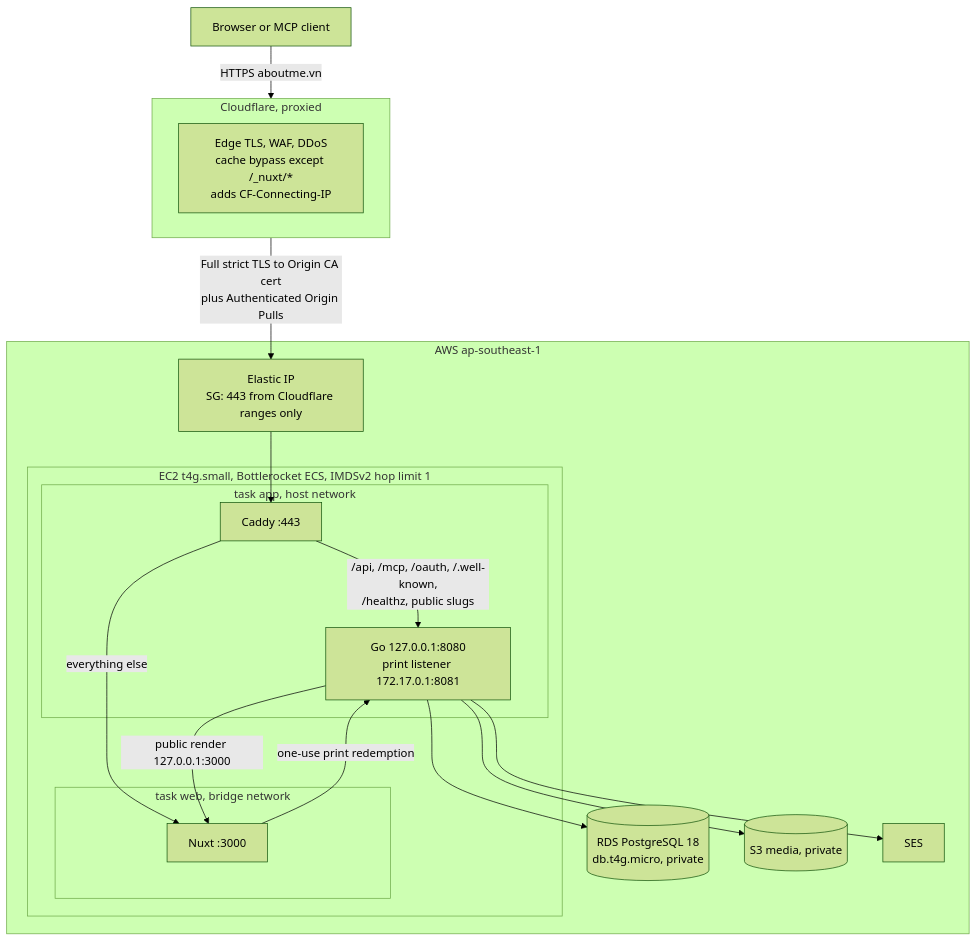
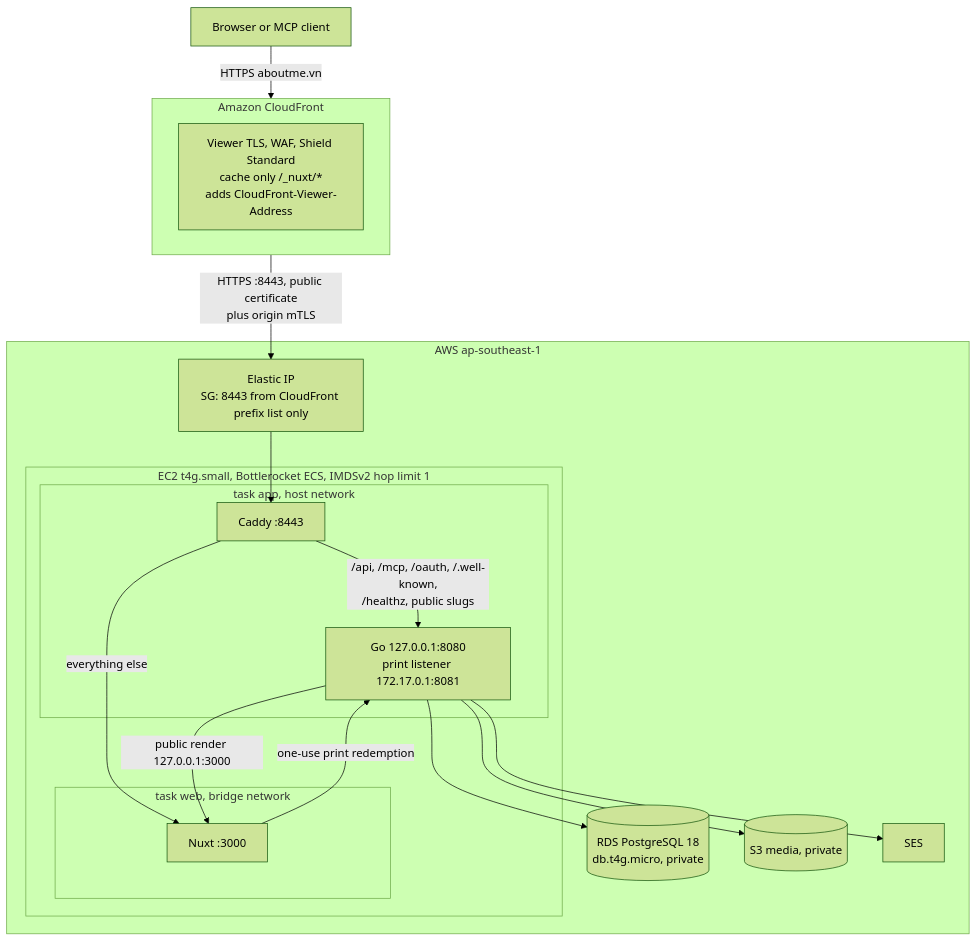
One commit to dannyota/aboutme changed the first of 2 diagrams in docs/design/single-host-production.md. Above: the diagram before and after it, drawn with Mermaid (forest theme). The commit also changed other lines of this file and 15 other files, not shown here.

First line of the commit message:
docs: describe CloudFront as the production edge

````diff
--- a/docs/design/single-host-production.md
+++ b/docs/design/single-host-production.md
@@ -11,31 +11,31 @@
 ```mermaid
 flowchart TD
   U[Browser or MCP client] -->|HTTPS aboutme.vn| CF
-  subgraph CF[Cloudflare, proxied]
-    CFE[Edge TLS, WAF, DDoS<br/>cache bypass except /_nuxt/*<br/>adds CF-Connecting-IP]
+  subgraph CF[Amazon CloudFront]
+    CFE[Viewer TLS, WAF, Shield Standard<br/>cache only /_nuxt/*<br/>adds CloudFront-Viewer-Address]
   end
-  CF -->|Full strict TLS to Origin CA cert<br/>plus Authenticated Origin Pulls| EIP
+  CF -->|HTTPS :8443, public certificate<br/>plus origin mTLS| EIP
   subgraph AWS[AWS ap-southeast-1]
-    EIP[Elastic IP<br/>SG: 443 from Cloudflare ranges only]
+    EIP[Elastic IP<br/>SG: 8443 from CloudFront prefix list only]
     subgraph HOST[EC2 t4g.small, Bottlerocket ECS, IMDSv2 hop limit 1]
       subgraph APP[task app, host network]
-        C[Caddy :443]
+        C[Caddy :8443]
         G[Go 127.0.0.1:8080<br/>print listener 172.17.0.1:8081]
       end
       subgraph WEB[task web, bridge network]
         N[Nuxt :3000]
       end
     end
     PG[(RDS PostgreSQL 18<br/>db.t4g.micro, private)]
     S3[(S3 media, private)]
     SES[SES]
   end
   EIP --> C
   C -->|/api, /mcp, /oauth, /.well-known,<br/>/healthz, public slugs| G
   C -->|everything else| N
   G -->|public render 127.0.0.1:3000| N
   N -->|one-use print redemption| G
   G --> PG
   G --> S3
   G --> SES
 ```
````
